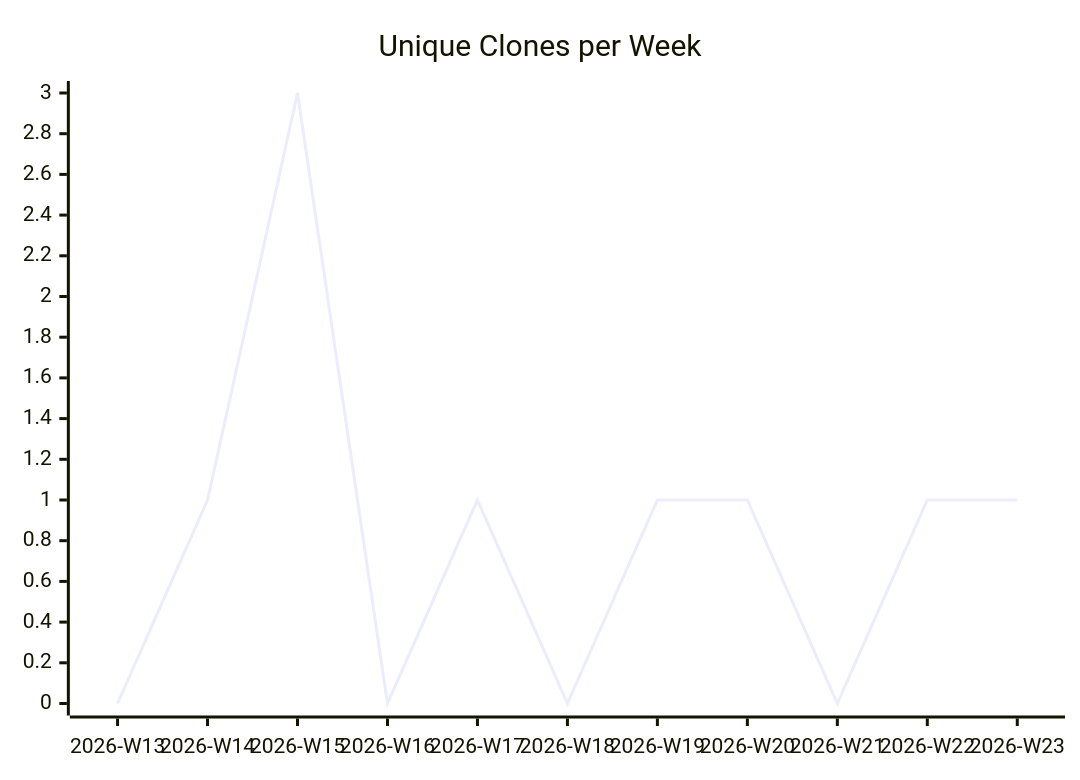
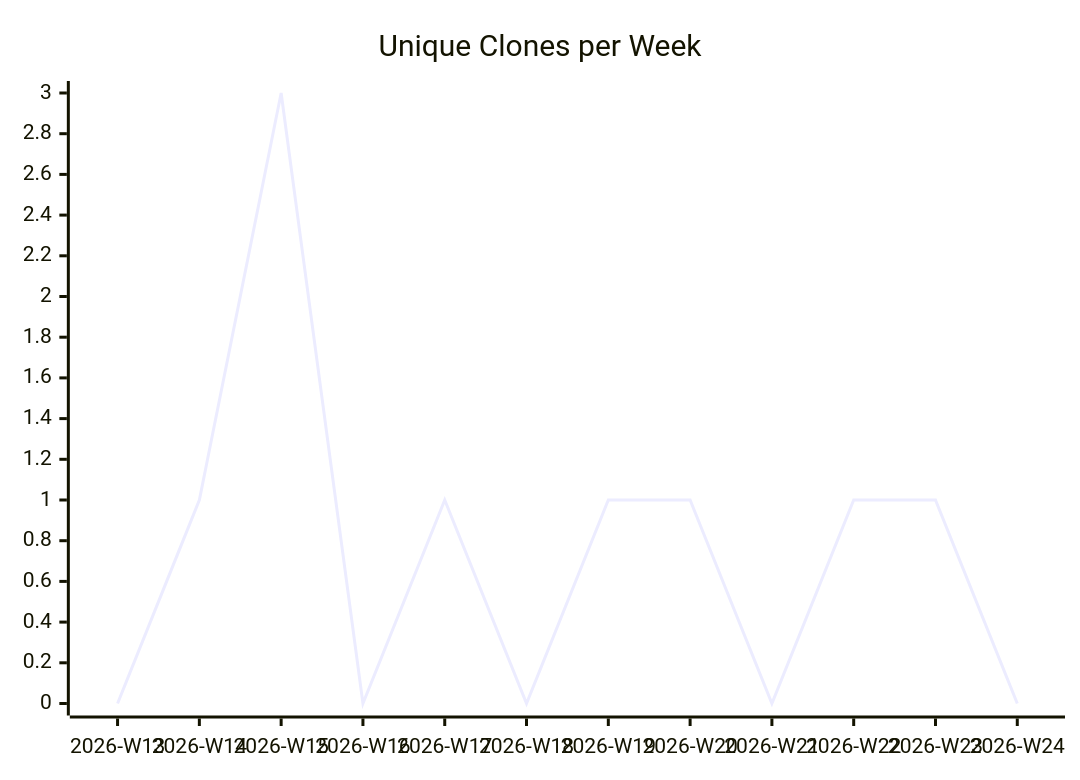
One commit to justdavis-family/github-analytics-data changed the third of 3 diagrams in karlmdavis/FHIR-Server/README.md. Above: the diagram before and after it, drawn with Mermaid. The commit also changed other lines of this file and 189 other files, not shown here.

````diff
--- a/karlmdavis/FHIR-Server/README.md
+++ b/karlmdavis/FHIR-Server/README.md
@@ -19,6 +19,6 @@
 ```mermaid
 xychart-beta
   title "Unique Clones per Week"
-  x-axis ["2026-W13", "2026-W14", "2026-W15", "2026-W16", "2026-W17", "2026-W18", "2026-W19", "2026-W20", "2026-W21", "2026-W22", "2026-W23"]
-  line [0, 1, 3, 0, 1, 0, 1, 1, 0, 1, 1]
+  x-axis ["2026-W13", "2026-W14", "2026-W15", "2026-W16", "2026-W17", "2026-W18", "2026-W19", "2026-W20", "2026-W21", "2026-W22", "2026-W23", "2026-W24"]
+  line [0, 1, 3, 0, 1, 0, 1, 1, 0, 1, 1, 0]
 ```
````
